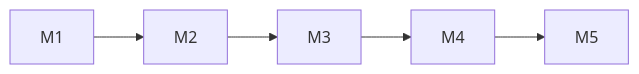
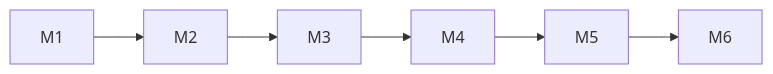
Before and after one commit to nickdu2009/projex: the second of 2 diagrams in docs/MILESTONES.md, drawn with Mermaid. The commit also changed other lines of this file and 28 other files, not shown here.

````diff
--- a/docs/MILESTONES.md
+++ b/docs/MILESTONES.md
@@ -238,4 +296,4 @@
 ```mermaid
 flowchart LR
-  M1 --> M2 --> M3 --> M4 --> M5
+  M1 --> M2 --> M3 --> M4 --> M5 --> M6
 ```
````
